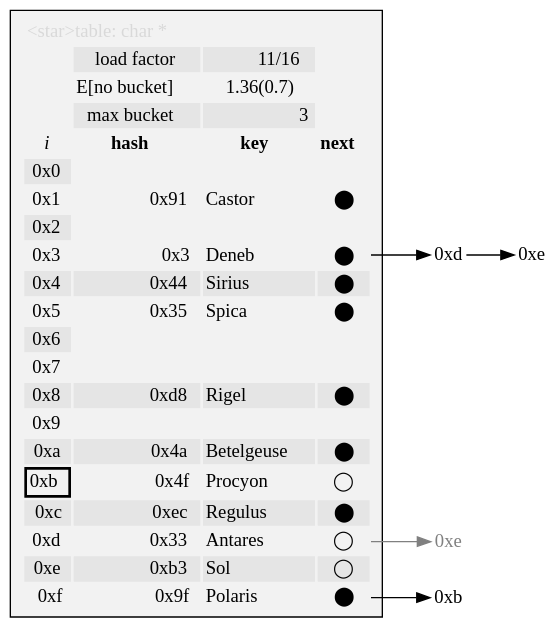
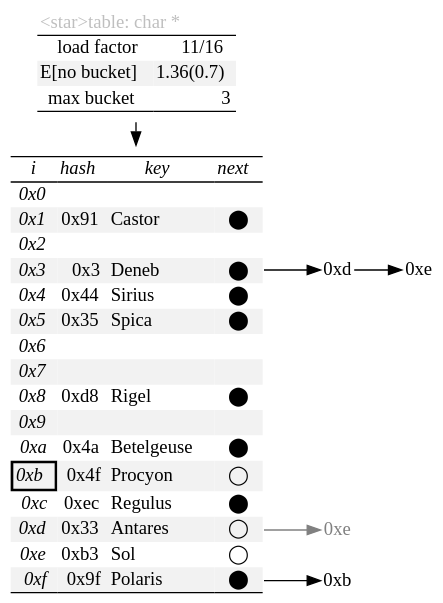
The diagram in doc/table-precursor/star-raw.gv (neil-edelman/boxes), drawn with Graphviz before and after one commit. The commit also changed 6 other files, not shown here.

Commit message:
Updated to graph; pretty.

```diff
--- a/doc/table-precursor/star-raw.gv
+++ b/doc/table-precursor/star-raw.gv
@@ -1,121 +1,135 @@
 digraph {
-	rankdir=LR;
-	graph [truecolor=true, bgcolor=transparent];
-	fontface=modern;
-	node [shape=box, style=filled, fillcolor="Gray95"];
-	hash [label=<<TABLE BORDER="0">
-	<TR><TD COLSPAN="3" ALIGN="LEFT"><FONT COLOR="Gray85">&lt;star&gt;table: char *</FONT></TD></TR>
-	<TR>
-		<TD>&nbsp;</TD>
-		<TD BORDER="0" ALIGN="RIGHT" BGCOLOR="Gray90">load factor</TD>
-		<TD BORDER="0" ALIGN="RIGHT" BGCOLOR="Gray90">11/16</TD>
-	</TR>
-	<TR>
-		<TD>&nbsp;</TD>
-		<TD BORDER="0" ALIGN="RIGHT">E[no bucket]</TD>
-		<TD BORDER="0" ALIGN="RIGHT">1.36(0.7)</TD>
-	</TR>
-	<TR>
-		<TD>&nbsp;</TD>
-		<TD BORDER="0" ALIGN="RIGHT" BGCOLOR="Gray90">max bucket</TD>
-		<TD BORDER="0" ALIGN="RIGHT" BGCOLOR="Gray90">3</TD>
-	</TR>
-	<TR>
-		<TD BORDER="0"><FONT FACE="Times-Italic">i</FONT></TD>
-		<TD BORDER="0"><FONT FACE="Times-Bold">hash</FONT></TD>
-		<TD BORDER="0"><FONT FACE="Times-Bold">key</FONT></TD>
-		<TD BORDER="0"><FONT FACE="Times-Bold">next</FONT></TD>
-	</TR>
-	<TR>
-		<TD ALIGN="RIGHT" BGCOLOR="Gray90">0x0</TD>
-	</TR>
-	<TR>
-		<TD ALIGN="RIGHT">0x1</TD>
-		<TD ALIGN="RIGHT">0x91</TD>
-		<TD ALIGN="LEFT">Castor</TD>
-		<TD PORT="1">⬤</TD>
-	</TR>
-	<TR>
-		<TD ALIGN="RIGHT" BGCOLOR="Gray90">0x2</TD>
-	</TR>
-	<TR>
-		<TD ALIGN="RIGHT">0x3</TD>
-		<TD ALIGN="RIGHT">0x3</TD>
-		<TD ALIGN="LEFT">Deneb</TD>
-		<TD PORT="3">⬤</TD>
-	</TR>
-	<TR>
-		<TD ALIGN="RIGHT" BGCOLOR="Gray90">0x4</TD>
-		<TD ALIGN="RIGHT" BGCOLOR="Gray90">0x44</TD>
-		<TD ALIGN="LEFT" BGCOLOR="Gray90">Sirius</TD>
-		<TD PORT="4" BGCOLOR="Gray90">⬤</TD>
-	</TR>
-	<TR>
-		<TD ALIGN="RIGHT">0x5</TD>
-		<TD ALIGN="RIGHT">0x35</TD>
-		<TD ALIGN="LEFT">Spica</TD>
-		<TD PORT="5">⬤</TD>
-	</TR>
-	<TR>
-		<TD ALIGN="RIGHT" BGCOLOR="Gray90">0x6</TD>
-	</TR>
-	<TR>
-		<TD ALIGN="RIGHT">0x7</TD>
-	</TR>
-	<TR>
-		<TD ALIGN="RIGHT" BGCOLOR="Gray90">0x8</TD>
-		<TD ALIGN="RIGHT" BGCOLOR="Gray90">0xd8</TD>
-		<TD ALIGN="LEFT" BGCOLOR="Gray90">Rigel</TD>
-		<TD PORT="8" BGCOLOR="Gray90">⬤</TD>
-	</TR>
-	<TR>
-		<TD ALIGN="RIGHT">0x9</TD>
-	</TR>
-	<TR>
-		<TD ALIGN="RIGHT" BGCOLOR="Gray90">0xa</TD>
-		<TD ALIGN="RIGHT" BGCOLOR="Gray90">0x4a</TD>
-		<TD ALIGN="LEFT" BGCOLOR="Gray90">Betelgeuse</TD>
-		<TD PORT="10" BGCOLOR="Gray90">⬤</TD>
-	</TR>
-	<TR>
-		<TD ALIGN="RIGHT" BORDER="2">0xb</TD>
-		<TD ALIGN="RIGHT">0x4f</TD>
-		<TD ALIGN="LEFT">Procyon</TD>
-		<TD PORT="11">◯</TD>
-	</TR>
-	<TR>
-		<TD ALIGN="RIGHT" BGCOLOR="Gray90">0xc</TD>
-		<TD ALIGN="RIGHT" BGCOLOR="Gray90">0xec</TD>
-		<TD ALIGN="LEFT" BGCOLOR="Gray90">Regulus</TD>
-		<TD PORT="12" BGCOLOR="Gray90">⬤</TD>
-	</TR>
-	<TR>
-		<TD ALIGN="RIGHT">0xd</TD>
-		<TD ALIGN="RIGHT">0x33</TD>
-		<TD ALIGN="LEFT">Antares</TD>
-		<TD PORT="13">◯</TD>
-	</TR>
-	<TR>
-		<TD ALIGN="RIGHT" BGCOLOR="Gray90">0xe</TD>
-		<TD ALIGN="RIGHT" BGCOLOR="Gray90">0xb3</TD>
-		<TD ALIGN="LEFT" BGCOLOR="Gray90">Sol</TD>
-		<TD PORT="14" BGCOLOR="Gray90">◯</TD>
-	</TR>
-	<TR>
-		<TD ALIGN="RIGHT">0xf</TD>
-		<TD ALIGN="RIGHT">0x9f</TD>
-		<TD ALIGN="LEFT">Polaris</TD>
-		<TD PORT="15">⬤</TD>
-	</TR>
-</TABLE>>];
+	graph [rankdir=LR, truecolor=true, bgcolor=transparent, fontname=modern];
+	node [shape=none, fontname=modern];
+	hash [label=<
+<table border="0" cellspacing="0">
+	<tr><td colspan="2" align="left"><font color="Gray75">&lt;star&gt;table: char *</font></td></tr>
+	<hr/>
+	<tr>
+		<td border="0" align="right">load factor</td>
+		<td border="0" align="right">11/16</td>
+	</tr>
+	<tr>
+		<td border="0" align="right" bgcolor="Gray95">E[no bucket]</td>
+		<td border="0" align="right" bgcolor="Gray95">1.36(0.7)</td>
+	</tr>
+	<tr>
+		<td border="0" align="right">max bucket</td>
+		<td border="0" align="right">3</td>
+	</tr>
+	<hr/>
+	<tr><td></td></tr>
+</table>>];
+	hash -> data;
+	{ rank=same; hash; data; }
+	data [label=<
+<table border="0" cellspacing="0">
+	<tr><td colspan="4"></td></tr>
+	<hr/>
+	<tr>
+		<td border="0"><font face="Times-Italic">i</font></td>
+		<td border="0"><font face="Times-Italic">hash</font></td>
+		<td border="0"><font face="Times-Italic">key</font></td>
+		<td border="0"><font face="Times-Italic">next</font></td>
+	</tr>
+	<hr/>
+	<tr>
+		<td align="right"><font face="Times-Italic">0x0</font></td>
+		<td></td><td></td><td></td>
+	</tr>
+	<tr>
+		<td align="right" bgcolor="Gray95"><font face="Times-Italic">0x1</font></td>
+		<td align="right" bgcolor="Gray95">0x91</td>
+		<td align="left" bgcolor="Gray95">Castor</td>
+		<td port="1" bgcolor="Gray95">⬤</td>
+	</tr>
+	<tr>
+		<td align="right"><font face="Times-Italic">0x2</font></td>
+		<td></td><td></td><td></td>
+	</tr>
+	<tr>
+		<td align="right" bgcolor="Gray95"><font face="Times-Italic">0x3</font></td>
+		<td align="right" bgcolor="Gray95">0x3</td>
+		<td align="left" bgcolor="Gray95">Deneb</td>
+		<td port="3" bgcolor="Gray95">⬤</td>
+	</tr>
+	<tr>
+		<td align="right"><font face="Times-Italic">0x4</font></td>
+		<td align="right">0x44</td>
+		<td align="left">Sirius</td>
+		<td port="4">⬤</td>
+	</tr>
+	<tr>
+		<td align="right" bgcolor="Gray95"><font face="Times-Italic">0x5</font></td>
+		<td align="right" bgcolor="Gray95">0x35</td>
+		<td align="left" bgcolor="Gray95">Spica</td>
+		<td port="5" bgcolor="Gray95">⬤</td>
+	</tr>
+	<tr>
+		<td align="right"><font face="Times-Italic">0x6</font></td>
+		<td></td><td></td><td></td>
+	</tr>
+	<tr>
+		<td align="right" bgcolor="Gray95"><font face="Times-Italic">0x7</font></td>
+		<td bgcolor="Gray95"></td><td bgcolor="Gray95"></td><td bgcolor="Gray95"></td>
+	</tr>
+	<tr>
+		<td align="right"><font face="Times-Italic">0x8</font></td>
+		<td align="right">0xd8</td>
+		<td align="left">Rigel</td>
+		<td port="8">⬤</td>
+	</tr>
+	<tr>
+		<td align="right" bgcolor="Gray95"><font face="Times-Italic">0x9</font></td>
+		<td bgcolor="Gray95"></td><td bgcolor="Gray95"></td><td bgcolor="Gray95"></td>
+	</tr>
+	<tr>
+		<td align="right"><font face="Times-Italic">0xa</font></td>
+		<td align="right">0x4a</td>
+		<td align="left">Betelgeuse</td>
+		<td port="10">⬤</td>
+	</tr>
+	<tr>
+		<td align="right" border="2" bgcolor="Gray95"><font face="Times-Italic">0xb</font></td>
+		<td align="right" bgcolor="Gray95">0x4f</td>
+		<td align="left" bgcolor="Gray95">Procyon</td>
+		<td port="11" bgcolor="Gray95">◯</td>
+	</tr>
+	<tr>
+		<td align="right"><font face="Times-Italic">0xc</font></td>
+		<td align="right">0xec</td>
+		<td align="left">Regulus</td>
+		<td port="12">⬤</td>
+	</tr>
+	<tr>
+		<td align="right" bgcolor="Gray95"><font face="Times-Italic">0xd</font></td>
+		<td align="right" bgcolor="Gray95">0x33</td>
+		<td align="left" bgcolor="Gray95">Antares</td>
+		<td port="13" bgcolor="Gray95">◯</td>
+	</tr>
+	<tr>
+		<td align="right"><font face="Times-Italic">0xe</font></td>
+		<td align="right">0xb3</td>
+		<td align="left">Sol</td>
+		<td port="14">◯</td>
+	</tr>
+	<tr>
+		<td align="right" bgcolor="Gray95"><font face="Times-Italic">0xf</font></td>
+		<td align="right" bgcolor="Gray95">0x9f</td>
+		<td align="left" bgcolor="Gray95">Polaris</td>
+		<td port="15" bgcolor="Gray95">⬤</td>
+	</tr>
+	<hr/>
+	<tr><td colspan="4"></td></tr>
+</table>>];
 	node [shape=plain, fillcolor=none]
 	e13 [label="0xd"];
-	hash:3 -> e13 [tailclip=false];
+	data:3 -> e13 [tailclip=false];
 	e14 [label="0xe"];
 	e13 -> e14;
 	i0xe [label="0xe", fontcolor="Gray"];
-	hash:13 -> i0xe [color="Gray"];
+	data:13 -> i0xe [color="Gray"];
 	e11 [label="0xb"];
-	hash:15 -> e11 [tailclip=false];
+	data:15 -> e11 [tailclip=false];
 	node [color=red];
 }
```
